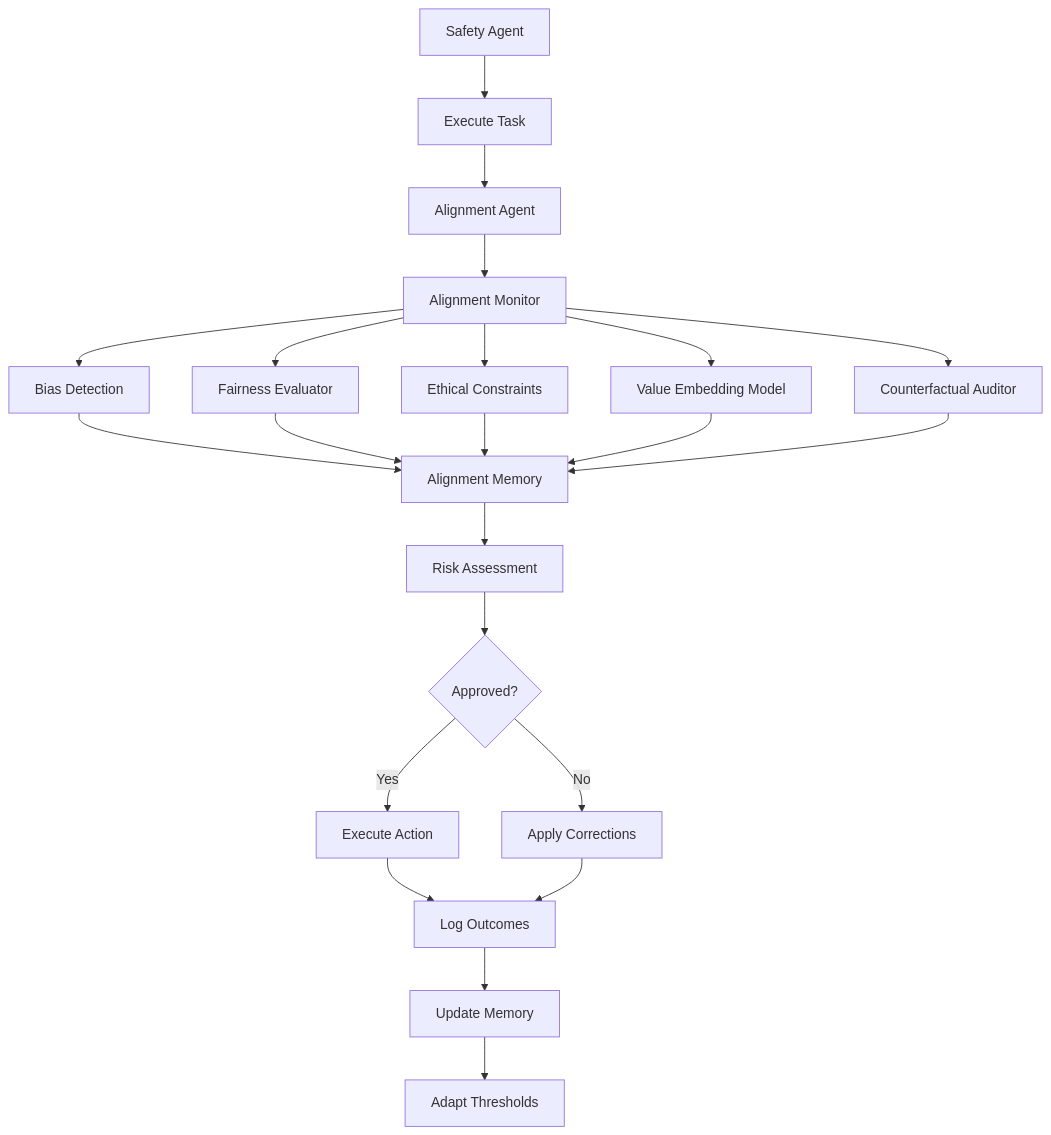
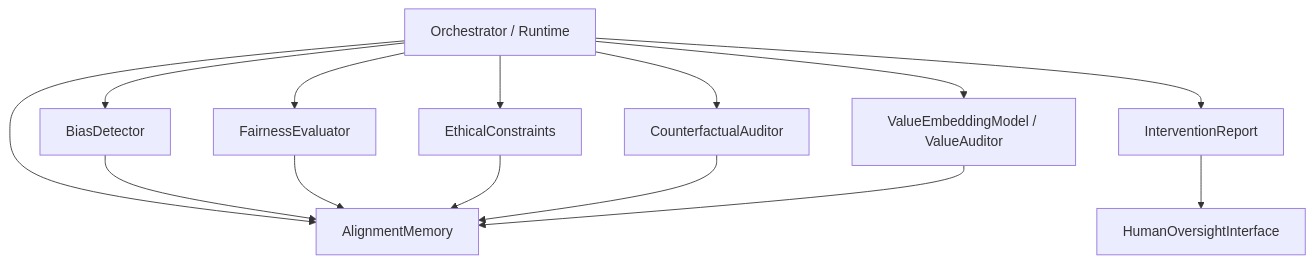
Before and after one commit to The-Outsider-97/SLAI: the diagram in src/agents/alignment/README.md, drawn with Mermaid. The commit also changed other lines of this file, not shown here.

````diff
--- a/src/agents/alignment/README.md
+++ b/src/agents/alignment/README.md
@@ -2,28 +66,18 @@
 ```mermaid
-graph TD
-    A[Safety Agent] --> B[Execute Task]
+flowchart TD
+    A[Orchestrator / Runtime] --> B[AlignmentMemory]
+    A --> C[BiasDetector]
+    A --> D[FairnessEvaluator]
+    A --> E[EthicalConstraints]
+    A --> F[CounterfactualAuditor]
+    A --> G[ValueEmbeddingModel / ValueAuditor]
 
-    B --> C[Alignment Agent]
-    C --> D[Alignment Monitor]
+    C --> B
+    D --> B
+    E --> B
+    F --> B
+    G --> B
 
-    D --> E[Bias Detection]
-    D --> F[Fairness Evaluator]
-    D --> G[Ethical Constraints]
-    D --> H[Value Embedding Model]
-    D --> Q[Counterfactual Auditor]
-
-    E --> I[Alignment Memory]
-    F --> I
-    G --> I
-    H --> I
-    Q --> I
-
-    I --> J[Risk Assessment]
-    J --> K{Approved?}
-    K -->|Yes| L[Execute Action]
-    K -->|No| M[Apply Corrections]
-    L --> N[Log Outcomes]
-    M --> N
-    N --> O[Update Memory]
-    O --> P[Adapt Thresholds]
+    A --> H[InterventionReport]
+    H --> I[HumanOversightInterface]
 ```
````
